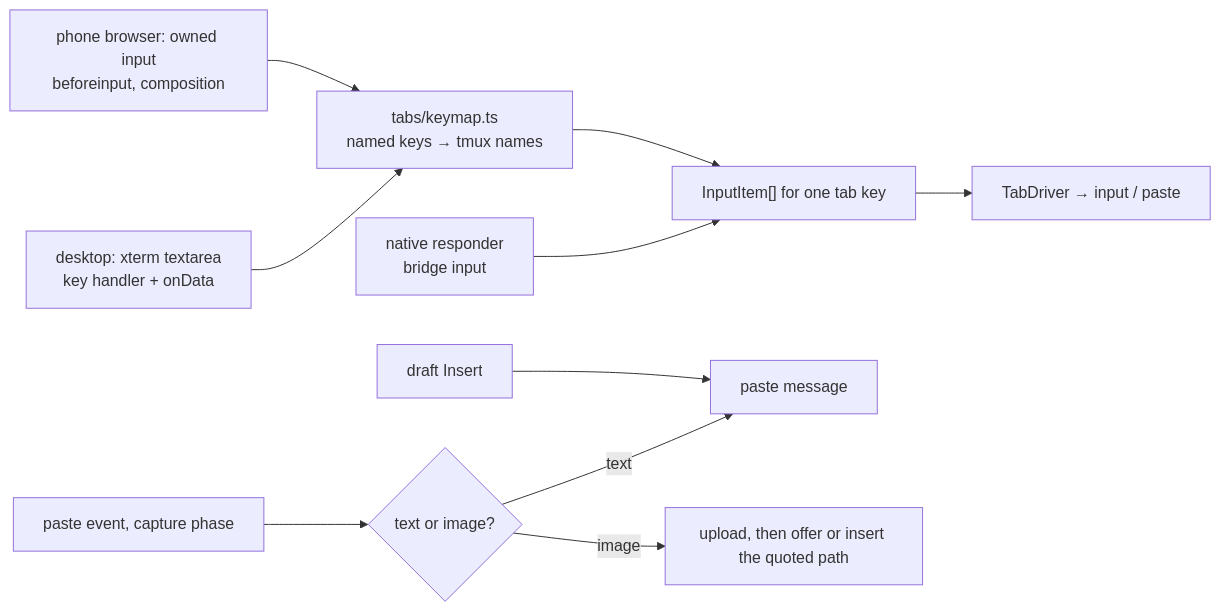
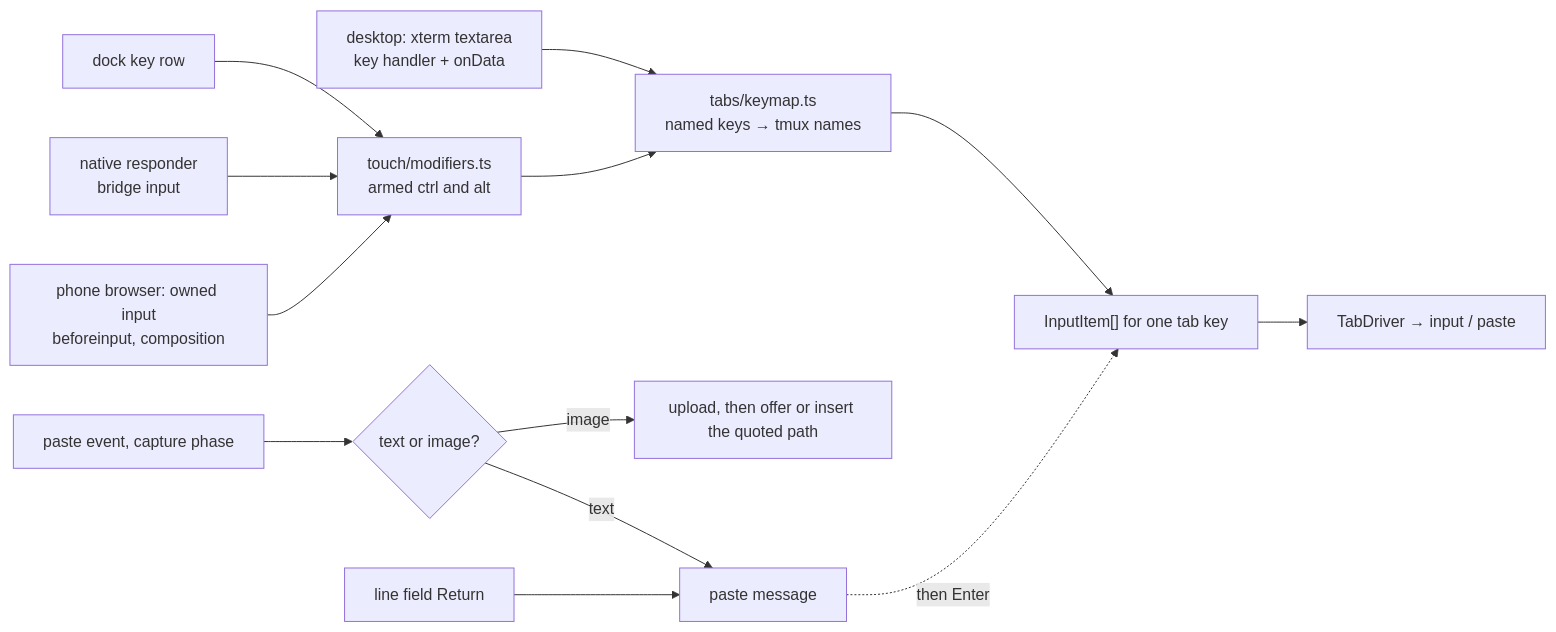
Before and after one commit to haowjy/tether: the third of 4 diagrams in .meridian/work/tether-mvp/design/client-architecture.md, drawn with Mermaid. The commit also changed other lines of this file and 60 other files, not shown here.

First line of the commit message:
Design the phone dock and retire the keyboard spike

````diff
--- a/.meridian/work/tether-mvp/design/client-architecture.md
+++ b/.meridian/work/tether-mvp/design/client-architecture.md
@@ -1033,12 +1086,15 @@
 ```mermaid
 flowchart LR
   xt["desktop: xterm textarea<br/>key handler + onData"] --> km
-  ow["phone browser: owned input<br/>beforeinput, composition"] --> km
-  nat["native responder<br/>bridge input"] --> items
+  ow["phone browser: owned input<br/>beforeinput, composition"] --> mods
+  nat["native responder<br/>bridge input"] --> mods
+  kr["dock key row"] --> mods
+  mods["touch/modifiers.ts<br/>armed ctrl and alt"] --> km
   km["tabs/keymap.ts<br/>named keys → tmux names"] --> items["InputItem[] for one tab key"]
   items --> drv["TabDriver → input / paste"]
   paste["paste event, capture phase"] --> route{"text or image?"}
   route -- text --> pm["paste message"]
   route -- image --> up["upload, then offer or insert the quoted path"]
-  draft["draft Insert"] --> pm
+  line["line field Return"] --> pm
+  pm -. "then Enter" .-> items
 ```
````
